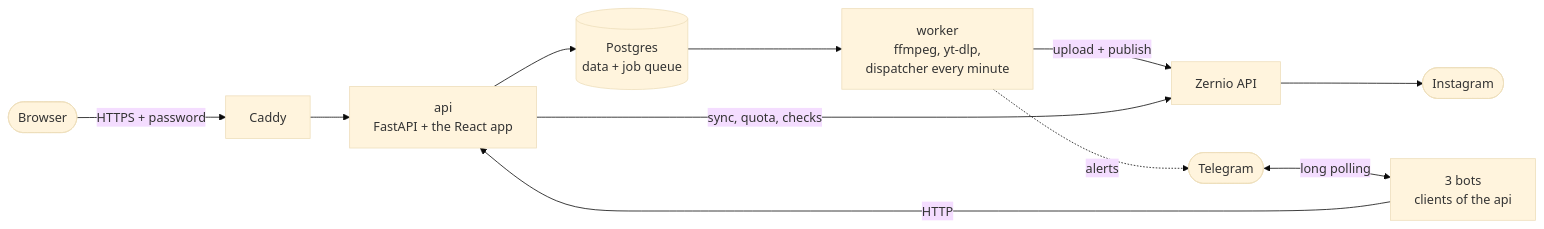
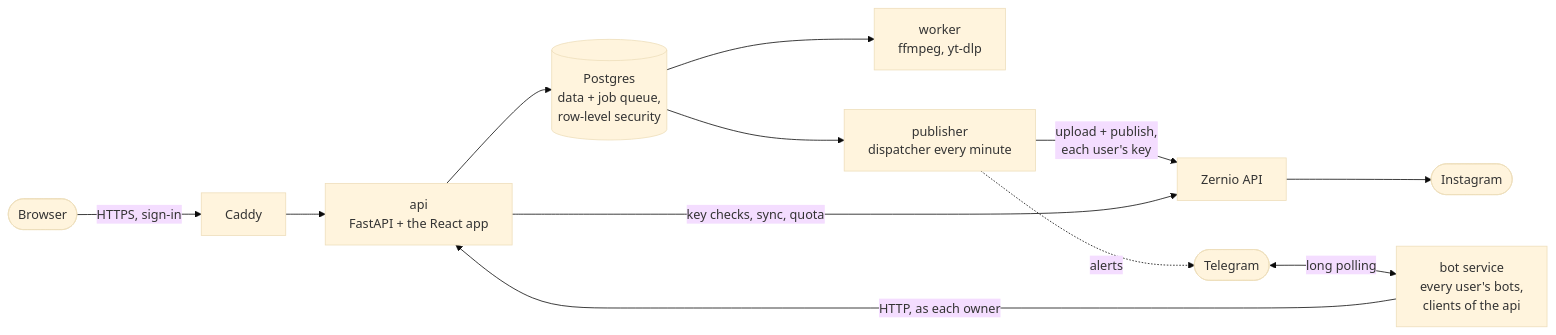
One commit to paramshah07/Marketing-and-Clipping-Platform changed the third of 3 diagrams in README.md. Above: the diagram before and after it, drawn with Mermaid (base theme). The commit also changed other lines of this file and 19 other files, not shown here.

````diff
--- a/README.md
+++ b/README.md
@@ -125,10 +132,11 @@
 ```mermaid
 flowchart LR
-  browser(["Browser"]) -->|"HTTPS + password"| caddy["Caddy"] --> api["api<br/>FastAPI + the React app"]
-  tg(["Telegram"]) <-->|"long polling"| bots["3 bots<br/>clients of the api"] -->|"HTTP"| api
-  api --> db[("Postgres<br/>data + job queue")]
-  db --> worker["worker<br/>ffmpeg, yt-dlp,<br/>dispatcher every minute"]
-  worker -->|"upload + publish"| zernio["Zernio API"] --> ig(["Instagram"])
-  api -->|"sync, quota, checks"| zernio
-  worker -.->|"alerts"| tg
+  browser(["Browser"]) -->|"HTTPS, sign-in"| caddy["Caddy"] --> api["api<br/>FastAPI + the React app"]
+  tg(["Telegram"]) <-->|"long polling"| bots["bot service<br/>every user's bots,<br/>clients of the api"] -->|"HTTP, as each owner"| api
+  api --> db[("Postgres<br/>data + job queue,<br/>row-level security")]
+  db --> worker["worker<br/>ffmpeg, yt-dlp"]
+  db --> publisher["publisher<br/>dispatcher every minute"]
+  publisher -->|"upload + publish,<br/>each user's key"| zernio["Zernio API"] --> ig(["Instagram"])
+  api -->|"key checks, sync, quota"| zernio
+  publisher -.->|"alerts"| tg
 ```
````
